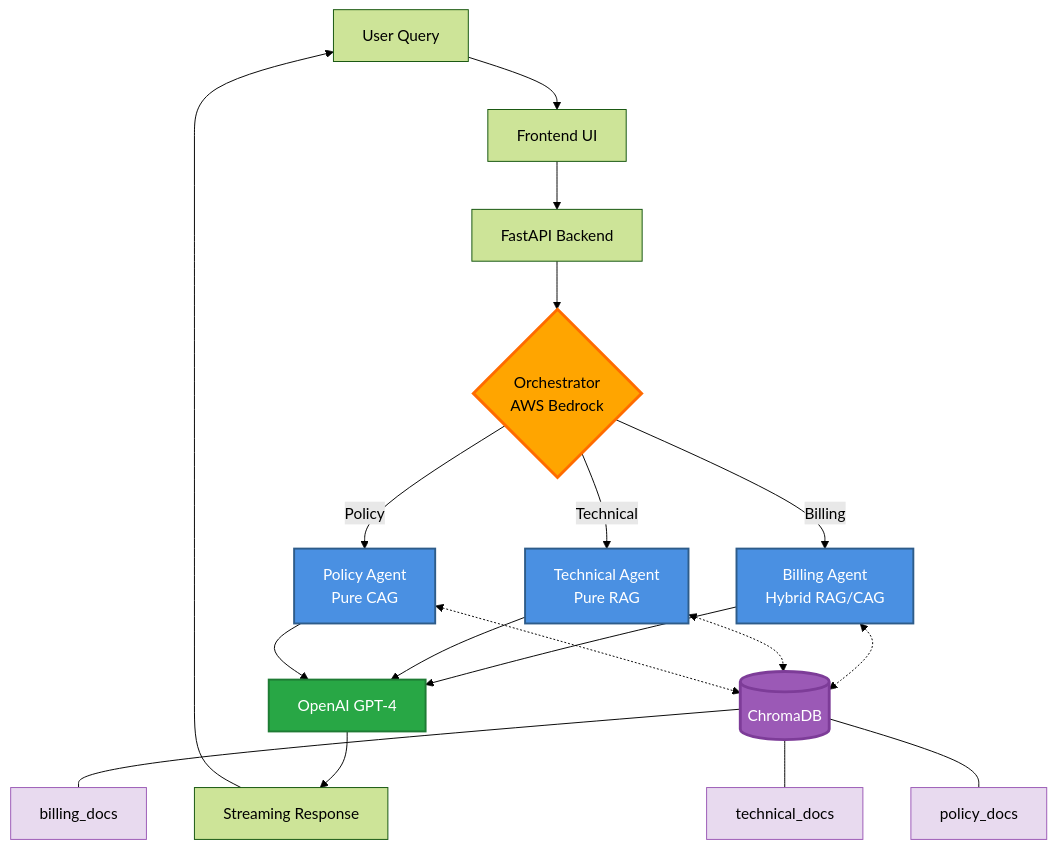
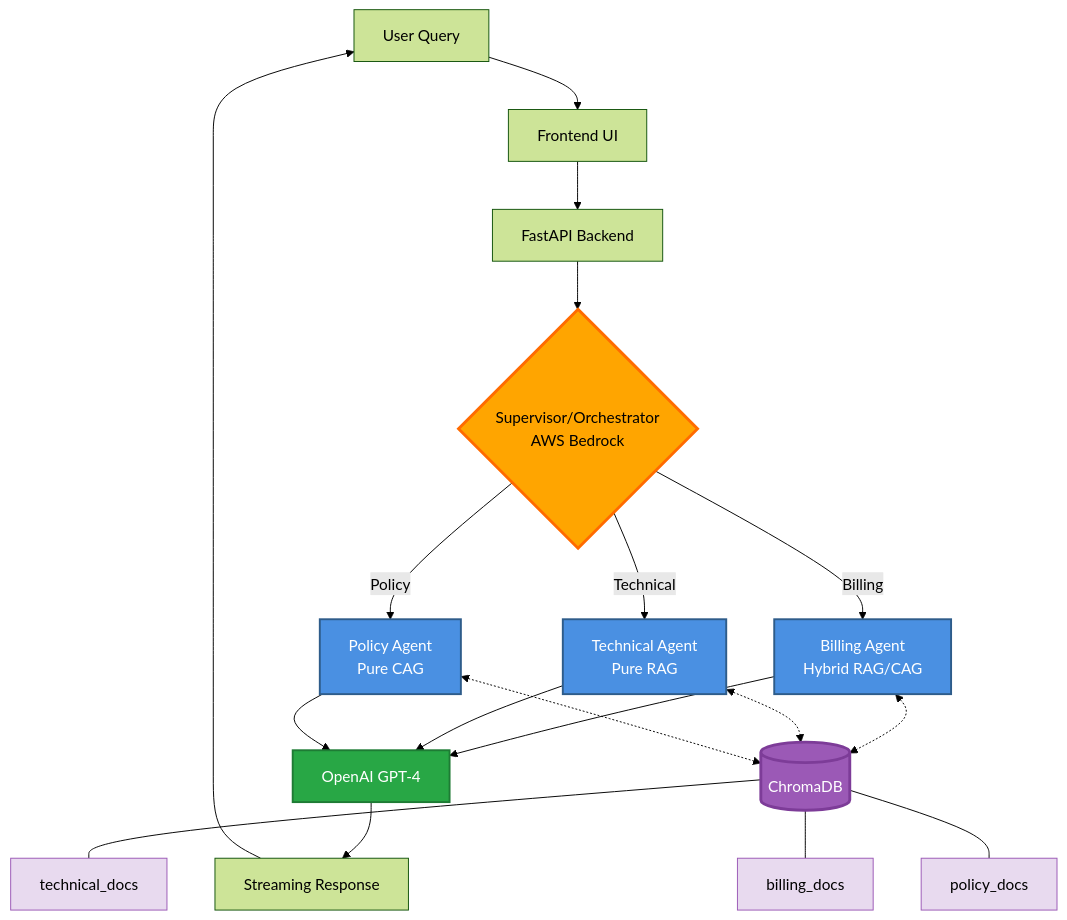
The diagram in README.md (fly2safa/multi-agent-customer-service), drawn with Mermaid (forest theme) before and after one commit.

Commit message:
docs: rename Orchestrator to Supervisor/Orchestrator and reorder collections
- Renamed 'Orchestrator' to 'Supervisor/Orchestrator' for clarity

- Reordered collections: technical_docs, billing_docs, policy_docs

- Improves diagram positioning and readability

````diff
--- a/README.md
+++ b/README.md
@@ -18,32 +18,32 @@
 ```mermaid
 graph TB
     A[User Query] --> B[Frontend UI]
     B --> C[FastAPI Backend]
-    C --> D{Orchestrator<br/>AWS Bedrock}
+    C --> D{Supervisor/Orchestrator<br/>AWS Bedrock}
     D -->|Billing| E[Billing Agent<br/>Hybrid RAG/CAG]
     D -->|Technical| F[Technical Agent<br/>Pure RAG]
     D -->|Policy| G[Policy Agent<br/>Pure CAG]
     E --> H[OpenAI GPT-4]
     F --> H
     G --> H
     H --> I[Streaming Response]
     I --> A
     
     E <-.-> J[(ChromaDB)]
     F <-.-> J
     G <-.-> J
     
+    J --- L[technical_docs]
     J --- K[billing_docs]
-    J --- L[technical_docs]
     J --- M[policy_docs]
     
     style D fill:#FFA500,stroke:#FF6B00,stroke-width:3px,color:#000
     style E fill:#4A90E2,stroke:#2E5C8A,stroke-width:2px,color:#FFF
     style F fill:#4A90E2,stroke:#2E5C8A,stroke-width:2px,color:#FFF
     style G fill:#4A90E2,stroke:#2E5C8A,stroke-width:2px,color:#FFF
     style H fill:#28A745,stroke:#1E7B34,stroke-width:2px,color:#FFF
     style J fill:#9B59B6,stroke:#7D3C98,stroke-width:3px,color:#FFF
     style K fill:#E8DAEF,stroke:#9B59B6,stroke-width:1px,color:#000
     style L fill:#E8DAEF,stroke:#9B59B6,stroke-width:1px,color:#000
     style M fill:#E8DAEF,stroke:#9B59B6,stroke-width:1px,color:#000
 ```
````
